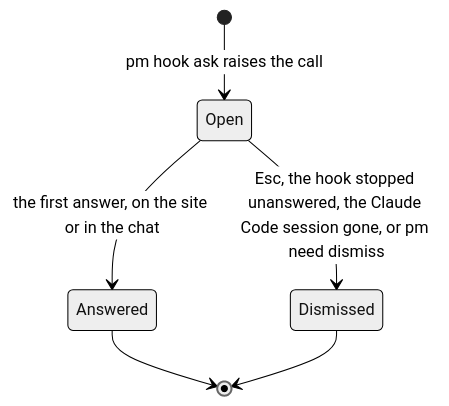
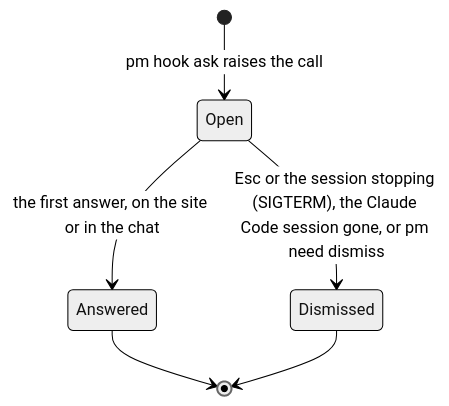
The third of 3 diagrams in design/owner-questions.md (Yeeef/pm), drawn with Mermaid (neutral theme) before and after one commit. The commit also changed other lines of this file, not shown here.

Commit message:
owner-questions: every ending of a question reaches pm through a hook event; transcript tail and rollout reads rejected

````diff
--- a/design/owner-questions.md
+++ b/design/owner-questions.md
@@ -265,8 +270,8 @@
 ```mermaid
 stateDiagram-v2
   [*] --> Open: pm hook ask raises the call
   Open --> Answered: the first answer, on the site or in the chat
-  Open --> Dismissed: Esc, the hook stopped unanswered, the Claude Code session gone, or pm need dismiss
+  Open --> Dismissed: Esc or the session stopping (SIGTERM), the Claude Code session gone, or pm need dismiss
   Answered --> [*]
   Dismissed --> [*]
 ```
````
